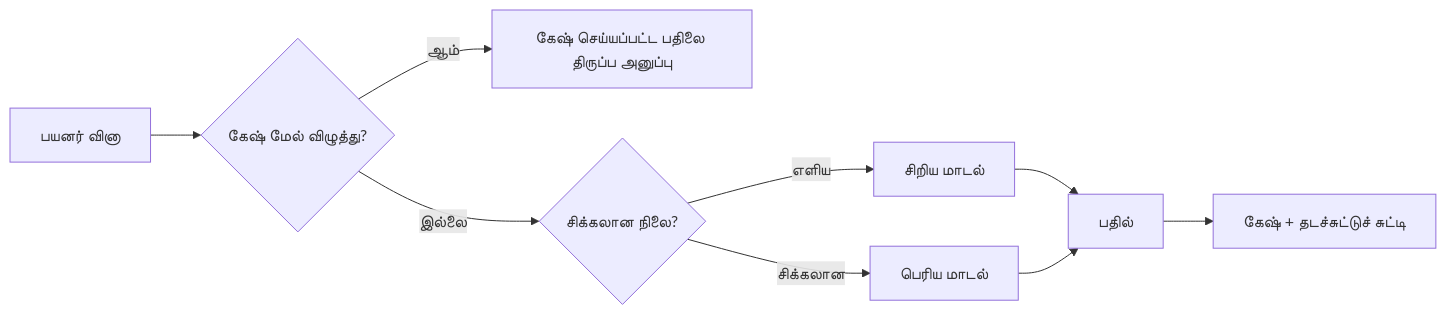
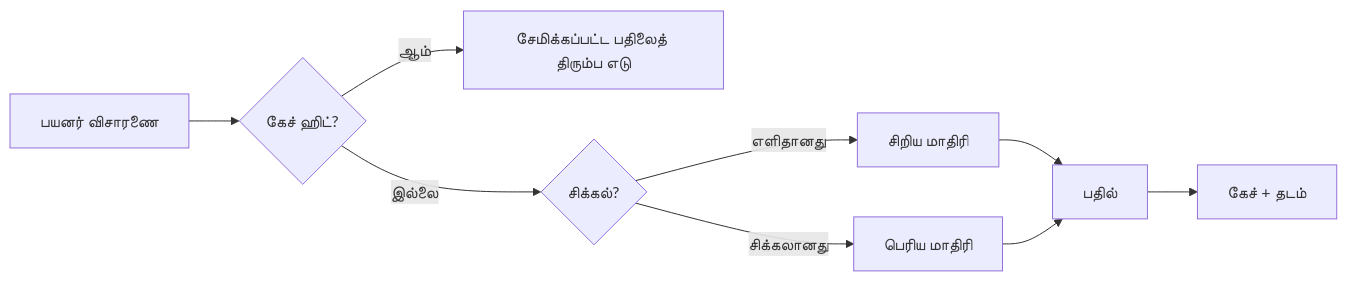
The third of 4 diagrams in translations/ta/16-deploying-scalable-agents/README.md (microsoft/ai-agents-for-beginners), drawn with Mermaid before and after one commit. The commit also changed other lines of this file and 46 other files, not shown here.

````diff
--- a/translations/ta/16-deploying-scalable-agents/README.md
+++ b/translations/ta/16-deploying-scalable-agents/README.md
@@ -134,11 +134,11 @@
 ```mermaid
 flowchart LR
-    Q[பயனர் வினா] --> C{கேஷ் மேல் விழுத்து?}
-    C -->|ஆம்| R[கேஷ் செய்யப்பட்ட பதிலை திருப்ப அனுப்பு]
-    C -->|இல்லை| Router{சிக்கலான நிலை?}
-    Router -->|எளிய| SLM[சிறிய மாடல்]
-    Router -->|சிக்கலான| LLM[பெரிய மாடல்]
+    Q[பயனர் விசாரணை] --> C{கேச் ஹிட்?}
+    C -->|ஆம்| R[சேமிக்கப்பட்ட பதிலைத் திரும்ப எடு]
+    C -->|இல்லை| Router{சிக்கல்?}
+    Router -->|எளிதானது| SLM[சிறிய மாதிரி]
+    Router -->|சிக்கலானது| LLM[பெரிய மாதிரி]
     SLM --> Out[பதில்]
     LLM --> Out
-    Out --> Store[கேஷ் + தடச்சுட்டுச் சுட்டி]
+    Out --> Store[கேச் + தடம்]
 ```
````
